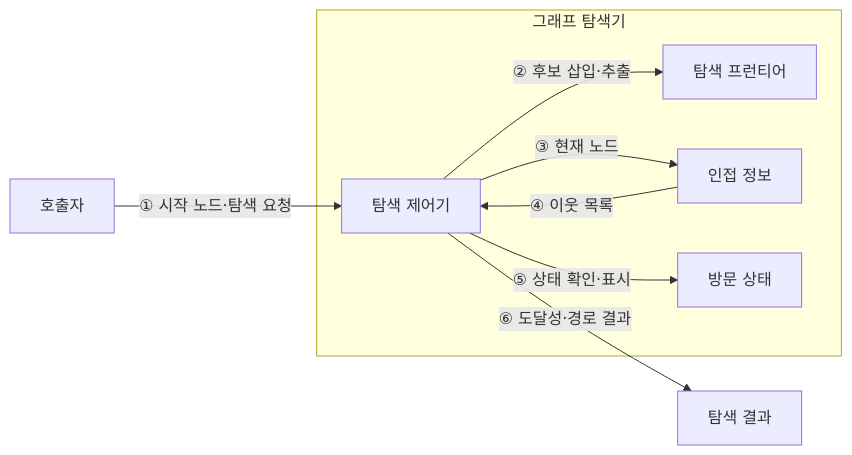
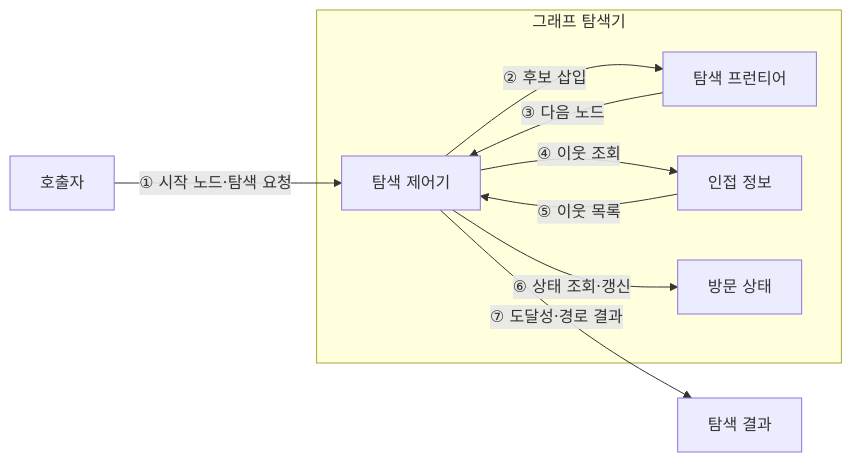
Before and after one commit to agnusdei1207/knowledge-base: the diagram in src/content/docs/notes/01-basic-theory/010_graph_traversal.md, drawn with Mermaid. The commit also changed other lines of this file and 6 other files, not shown here.

````diff
--- a/src/content/docs/notes/01-basic-theory/010_graph_traversal.md
+++ b/src/content/docs/notes/01-basic-theory/010_graph_traversal.md
@@ -60,15 +61,16 @@
 ```mermaid
 flowchart LR
     START[호출자] -->|① 시작 노드·탐색 요청| CTRL
     subgraph G[그래프 탐색기]
         CTRL[탐색 제어기]
         FRONT[탐색 프런티어]
         ADJ[인접 정보]
         VISIT[방문 상태]
-        CTRL -->|② 후보 삽입·추출| FRONT
-        CTRL -->|③ 현재 노드| ADJ
-        ADJ -->|④ 이웃 목록| CTRL
-        CTRL -->|⑤ 상태 확인·표시| VISIT
+        CTRL -->|② 후보 삽입| FRONT
+        FRONT -->|③ 다음 노드| CTRL
+        CTRL -->|④ 이웃 조회| ADJ
+        ADJ -->|⑤ 이웃 목록| CTRL
+        CTRL -->|⑥ 상태 조회·갱신| VISIT
     end
-    CTRL -->|⑥ 도달성·경로 결과| OUT[탐색 결과]
+    CTRL -->|⑦ 도달성·경로 결과| OUT[탐색 결과]
 ```
````
